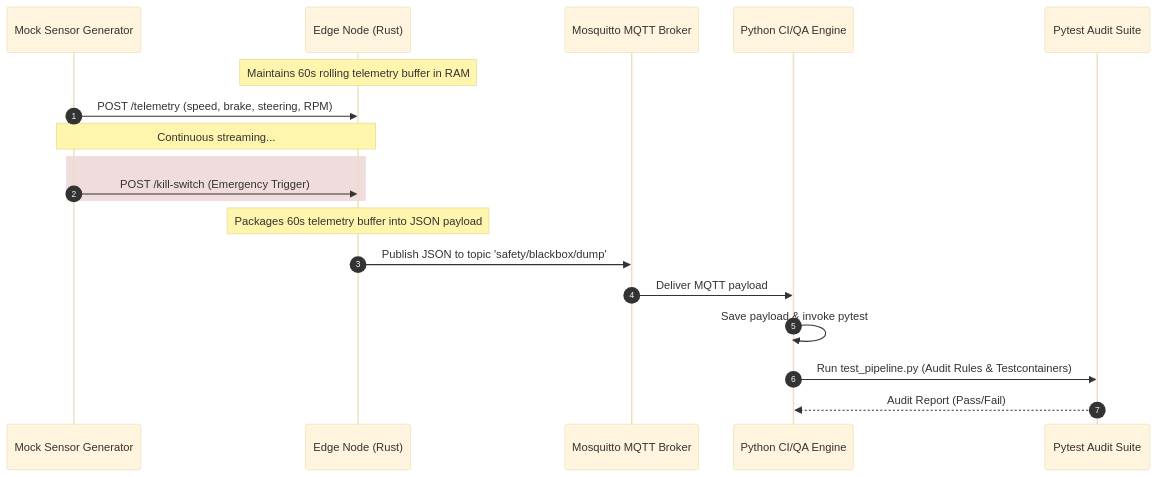
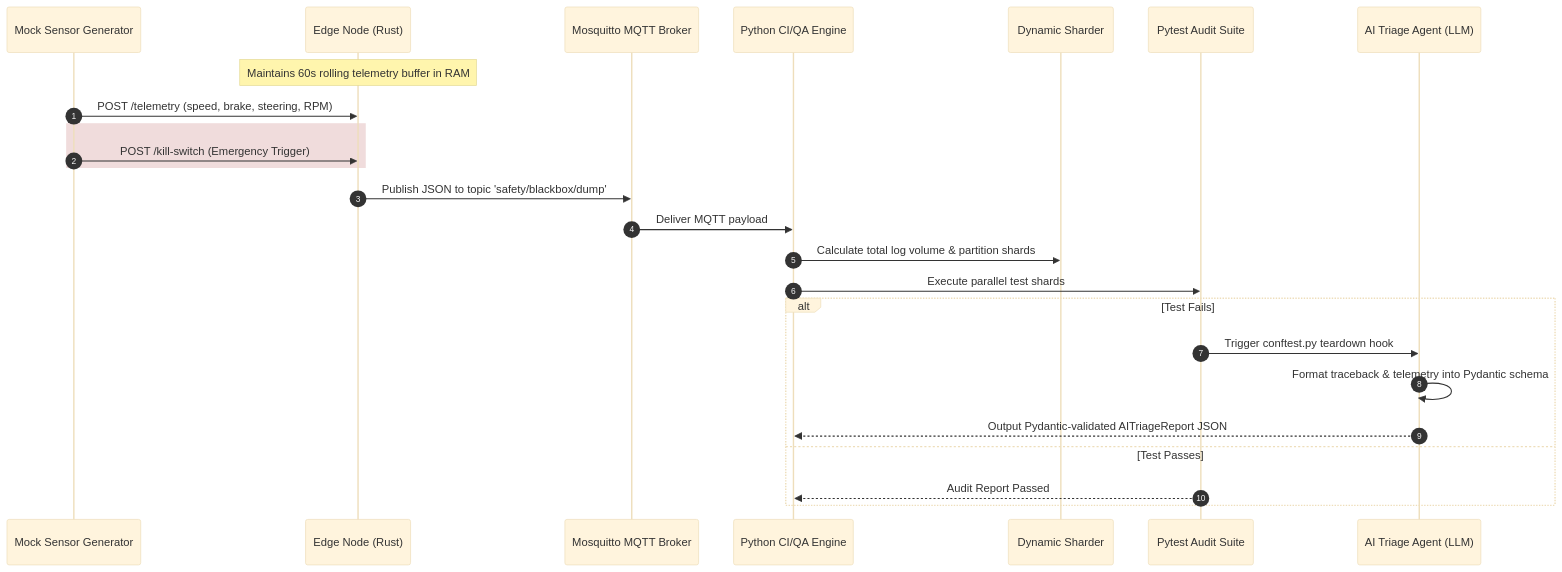
Before and after one commit to EricXPalace/Woven-qainfra-considering: the diagram in README.md, drawn with Mermaid (base theme). The commit also changed other lines of this file and 3 other files, not shown here.

Commit message:
feat(ci-engine): implement Phase 3 Dynamic Test Sharder and Pydantic-validated AI Triage Agent with Pytest hook

````diff
--- a/README.md
+++ b/README.md
@@ -11,24 +11,31 @@
 ```mermaid
 sequenceDiagram
     autonumber
     participant Gen as Mock Sensor Generator
     participant Edge as Edge Node (Rust)
     participant Broker as Mosquitto MQTT Broker
     participant CI as Python CI/QA Engine
+    participant Shard as Dynamic Sharder
     participant QA as Pytest Audit Suite
+    participant AI as AI Triage Agent (LLM)
 
     Note over Edge: Maintains 60s rolling telemetry buffer in RAM
     Gen->>Edge: POST /telemetry (speed, brake, steering, RPM)
-    Note over Gen,Edge: Continuous streaming...
 
     rect rgb(240, 220, 220)
     Gen->>Edge: POST /kill-switch (Emergency Trigger)
     end
 
-    Note over Edge: Packages 60s telemetry buffer into JSON payload
     Edge->>Broker: Publish JSON to topic 'safety/blackbox/dump'
     Broker->>CI: Deliver MQTT payload
-    CI->>CI: Save payload & invoke pytest
-    CI->>QA: Run test_pipeline.py (Audit Rules & Testcontainers)
-    QA-->>CI: Audit Report (Pass/Fail)
+    CI->>Shard: Calculate total log volume & partition shards
+    CI->>QA: Execute parallel test shards
+
+    alt Test Fails
+        QA->>AI: Trigger conftest.py teardown hook
+        AI->>AI: Format traceback & telemetry into Pydantic schema
+        AI-->>CI: Output Pydantic-validated AITriageReport JSON
+    else Test Passes
+        QA-->>CI: Audit Report Passed
+    end
 ```
````
